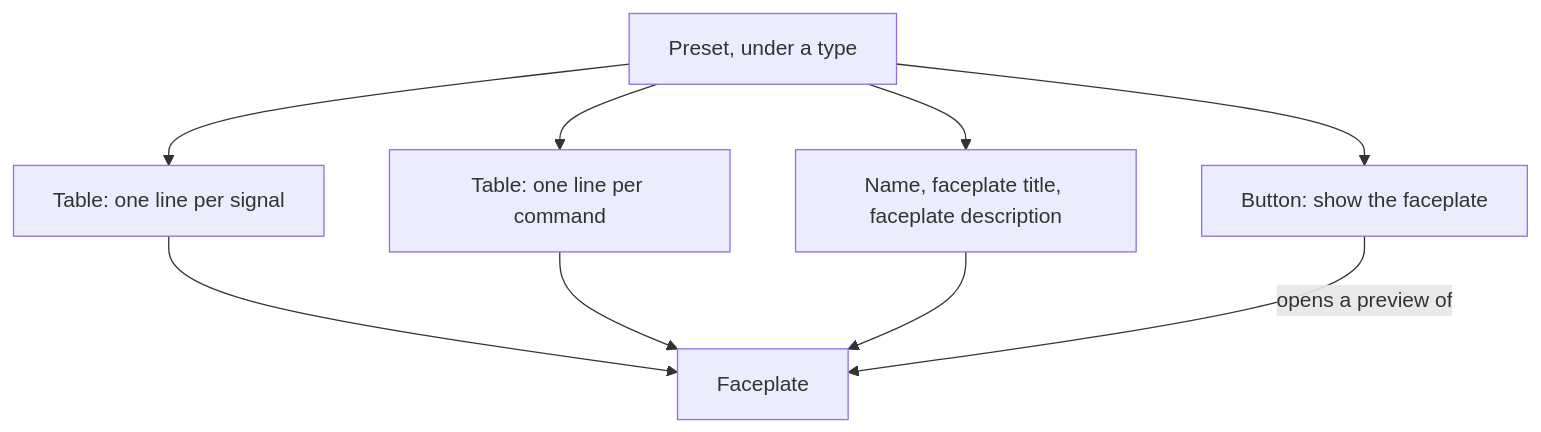
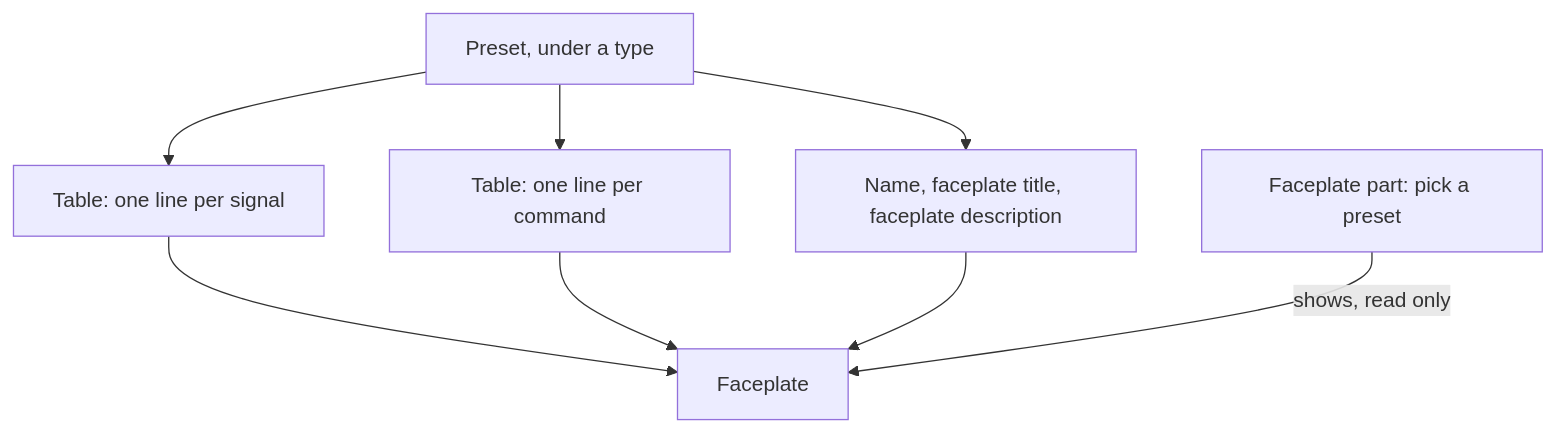
The first of 6 diagrams in metadata/09-presets.md (AlexandreGallais/synoptic-studio-spec), drawn with Mermaid before and after one commit. The commit also changed other lines of this file and 5 other files, not shown here.

````diff
--- a/metadata/09-presets.md
+++ b/metadata/09-presets.md
@@ -21,11 +21,10 @@
 ```mermaid
 flowchart TD
     R["Preset, under a type"] --> H["Name, faceplate title, faceplate description"]
     R --> S["Table: one line per signal"]
     R --> C["Table: one line per command"]
-    R --> B["Button: show the faceplate"]
     S --> F["Faceplate"]
     C --> F
     H --> F
-    B -->|"opens a preview of"| F
+    V["Faceplate part: pick a preset"] -->|"shows, read only"| F
 ```
````
